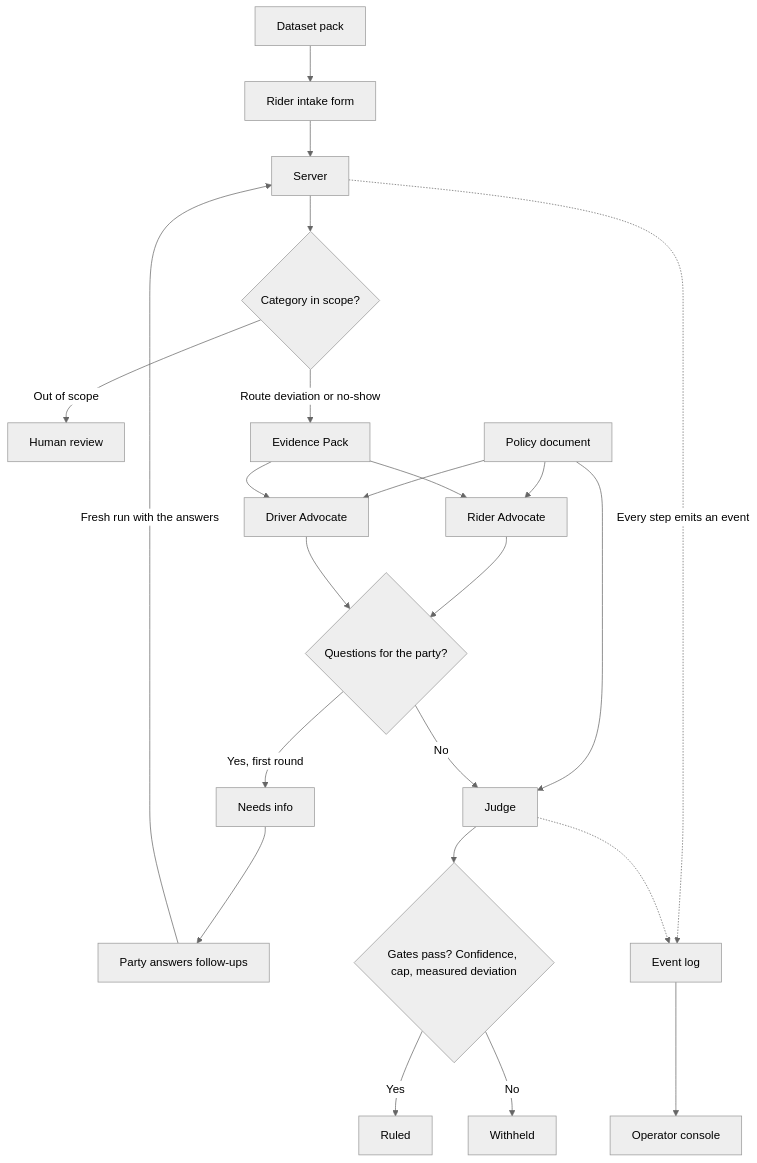
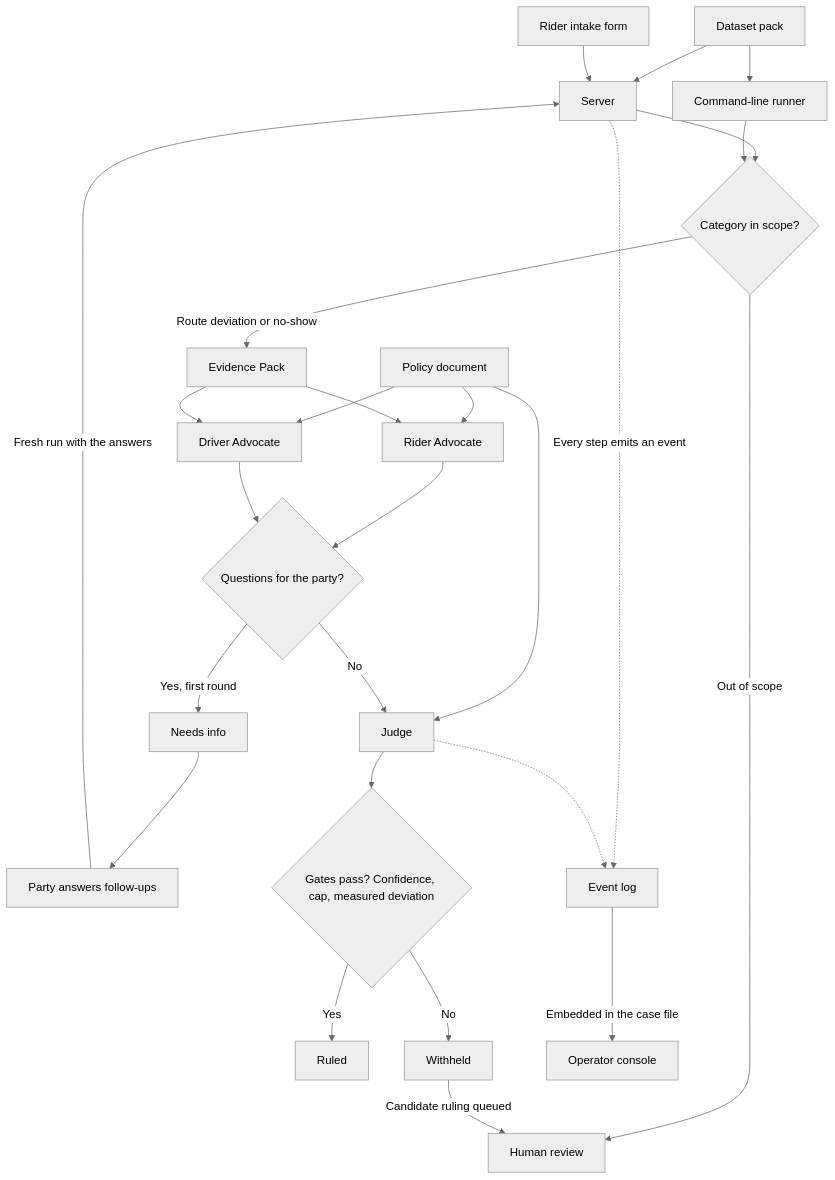
One commit to hermicaduceus/ryde-dispute-resolution-submission changed the diagram in README.md. Above: the diagram before and after it, drawn with Mermaid (neutral theme). The commit also changed 1 other file, not shown here.

Commit message:
docs: diagram corrections — withheld to human review, pack feeds the server, CLI second entry, console reads the case file (suite: 345 tests, 3 failures remain — prose items)
- Withheld -> Human review edge, labelled 'Candidate ruling queued' (judge.py sets
  escalated_for_human_review=True on a withheld ruling)
- Dataset pack now feeds the Server, not the intake form; pack declared first
- Command-line runner node added, fed by the pack and feeding the category check
- Event log -> Operator console edge labelled 'Embedded in the case file'; the
  sentence under ## Diagram no longer claims the console reads the log file
- the mermaid block is byte-identical in docs/architecture.md and README.md

````diff
--- a/README.md
+++ b/README.md
@@ -38,25 +38,28 @@
 ```mermaid
 flowchart TD
-    A["Rider intake form"] --> B["Server"]
-    PACK["Dataset pack"] --> A
+    PACK["Dataset pack"] --> B["Server"]
+    PACK --> CL["Command-line runner"]
+    A["Rider intake form"] --> B
     B --> C{"Category in scope?"}
+    CL --> C
     C -- "Out of scope" --> H["Human review"]
     C -- "Route deviation or no-show" --> E["Evidence Pack"]
     POL["Policy document"] --> RA["Rider Advocate"]
     POL --> DA["Driver Advocate"]
     POL --> J["Judge"]
     E --> RA
     E --> DA
     RA --> S{"Questions for the party?"}
     DA --> S
     S -- "Yes, first round" --> O4["Needs info"]
     O4 --> PA["Party answers follow-ups"]
     PA -- "Fresh run with the answers" --> B
     S -- "No" --> J
     J --> G{"Gates pass? Confidence, cap, measured deviation"}
     G -- "Yes" --> O1["Ruled"]
     G -- "No" --> O2["Withheld"]
+    O2 -- "Candidate ruling queued" --> H
     B -. "Every step emits an event" .-> L["Event log"]
     J -.-> L
-    L --> K["Operator console"]
+    L -- "Embedded in the case file" --> K["Operator console"]
 ```
````
